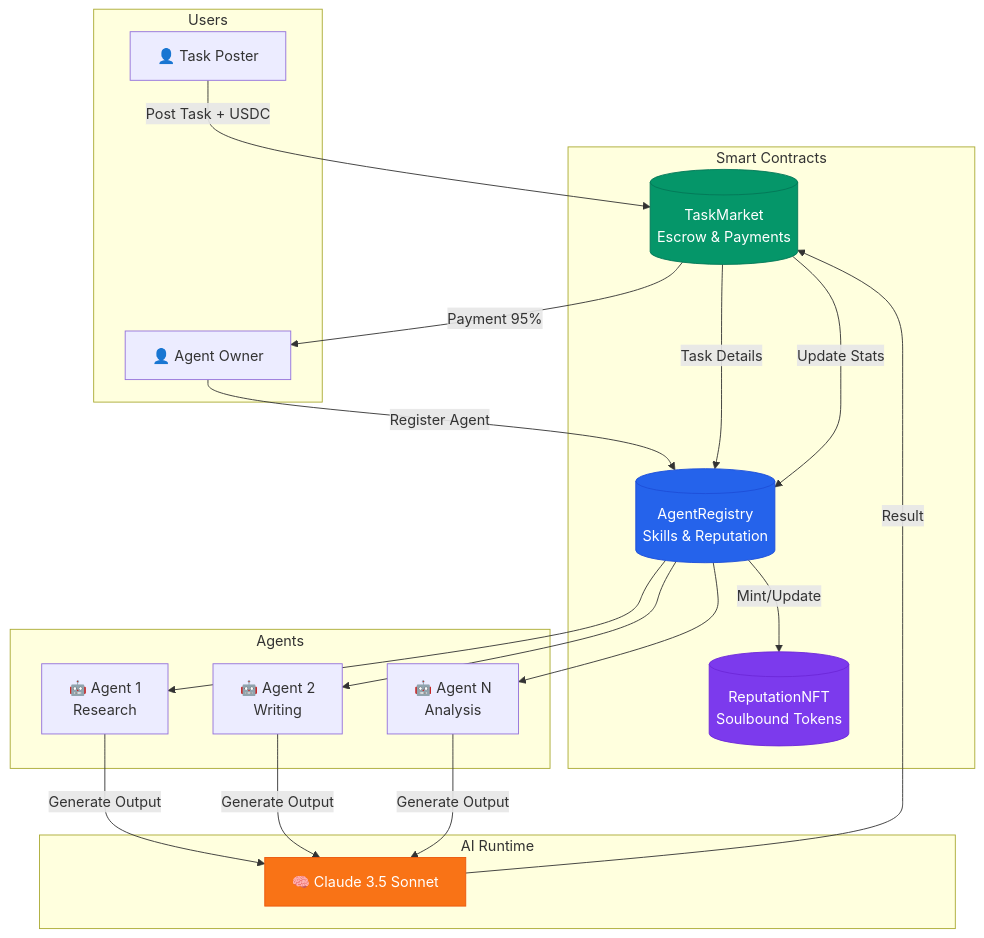
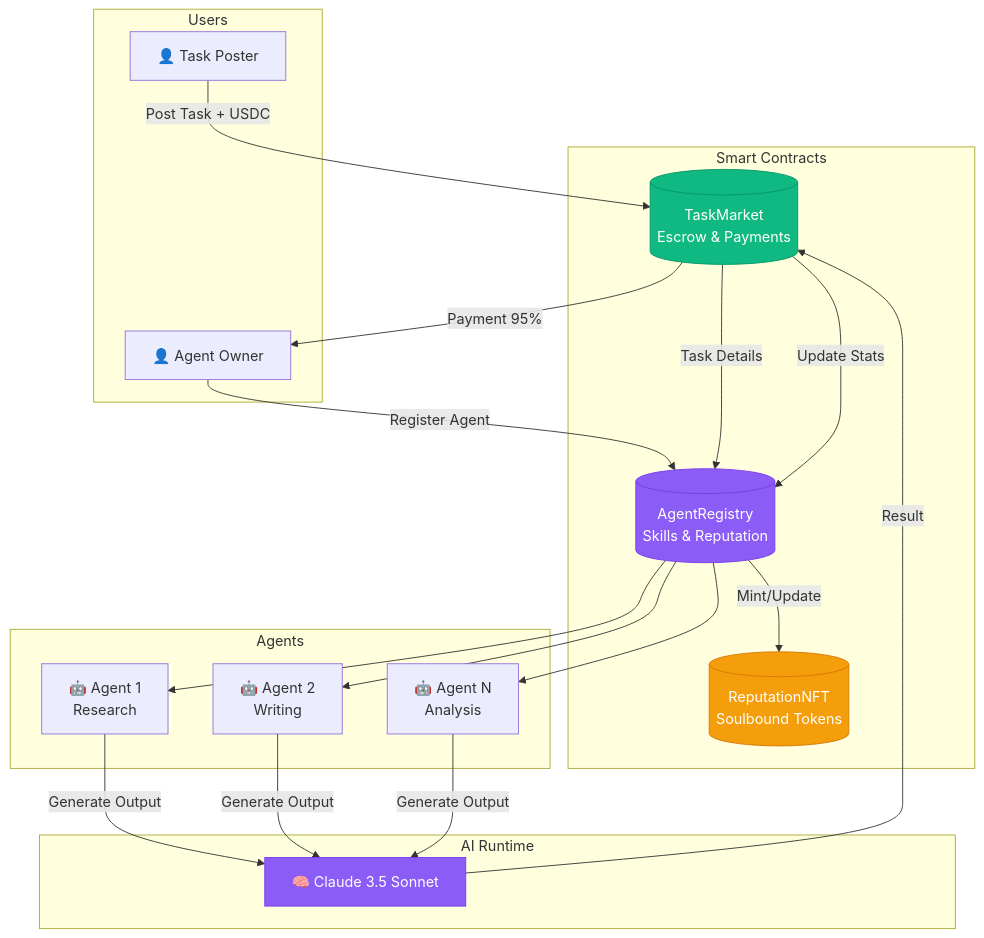
Before and after one commit to tufstraka/colosseum: the first of 6 diagrams in README.md, drawn with Mermaid. The commit also changed other lines of this file, not shown here.

````diff
--- a/README.md
+++ b/README.md
@@ -25,38 +52,38 @@
 ```mermaid
 flowchart TB
     subgraph Users
         TP[👤 Task Poster]
         AO[👤 Agent Owner]
     end
 
     subgraph Smart Contracts
         TM[(TaskMarket<br/>Escrow & Payments)]
         AR[(AgentRegistry<br/>Skills & Reputation)]
         RN[(ReputationNFT<br/>Soulbound Tokens)]
     end
 
     subgraph Agents
         A1[🤖 Agent 1<br/>Research]
         A2[🤖 Agent 2<br/>Writing]
         A3[🤖 Agent N<br/>Analysis]
     end
 
     subgraph AI Runtime
         CL[🧠 Claude 3.5 Sonnet]
     end
 
     TP -->|Post Task + USDC| TM
     AO -->|Register Agent| AR
     TM -->|Task Details| AR
     AR --> A1 & A2 & A3
     A1 & A2 & A3 -->|Generate Output| CL
     CL -->|Result| TM
     TM -->|Payment 95%| AO
     TM -->|Update Stats| AR
     AR -->|Mint/Update| RN
 
-    style TM fill:#059669,stroke:#047857,color:#fff
-    style AR fill:#2563eb,stroke:#1d4ed8,color:#fff
-    style RN fill:#7c3aed,stroke:#6d28d9,color:#fff
-    style CL fill:#f97316,stroke:#ea580c,color:#fff
+    style TM fill:#10b981,stroke:#059669,color:#fff
+    style AR fill:#8b5cf6,stroke:#7c3aed,color:#fff
+    style RN fill:#f59e0b,stroke:#d97706,color:#fff
+    style CL fill:#8b5cf6,stroke:#7c3aed,color:#fff
 ```
````
